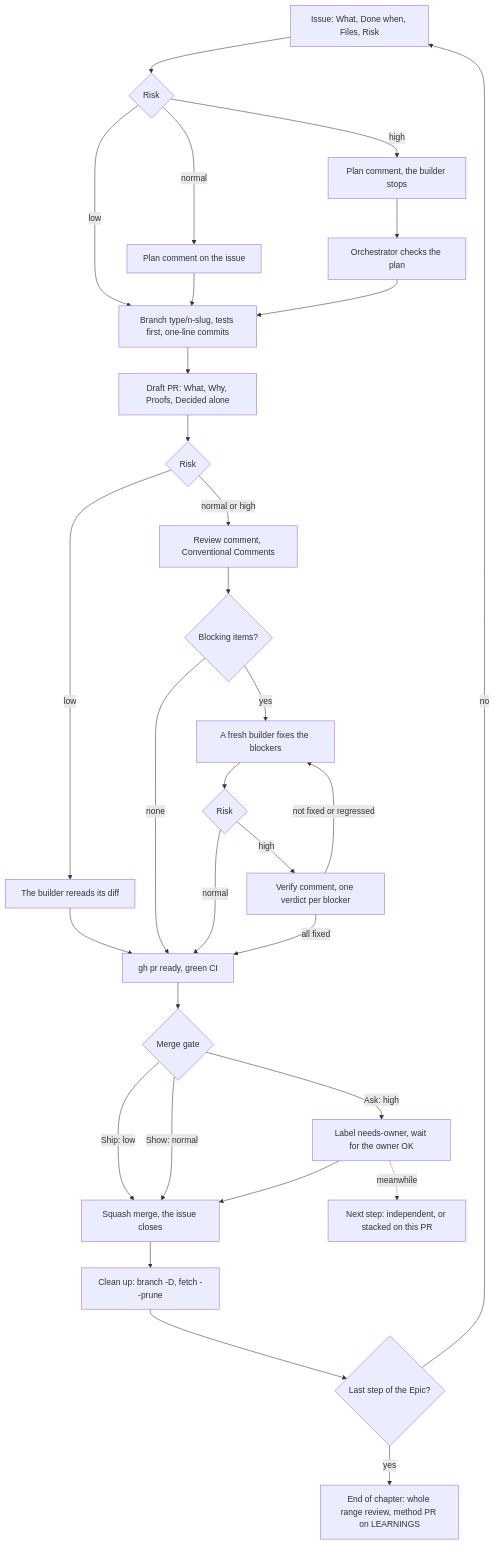
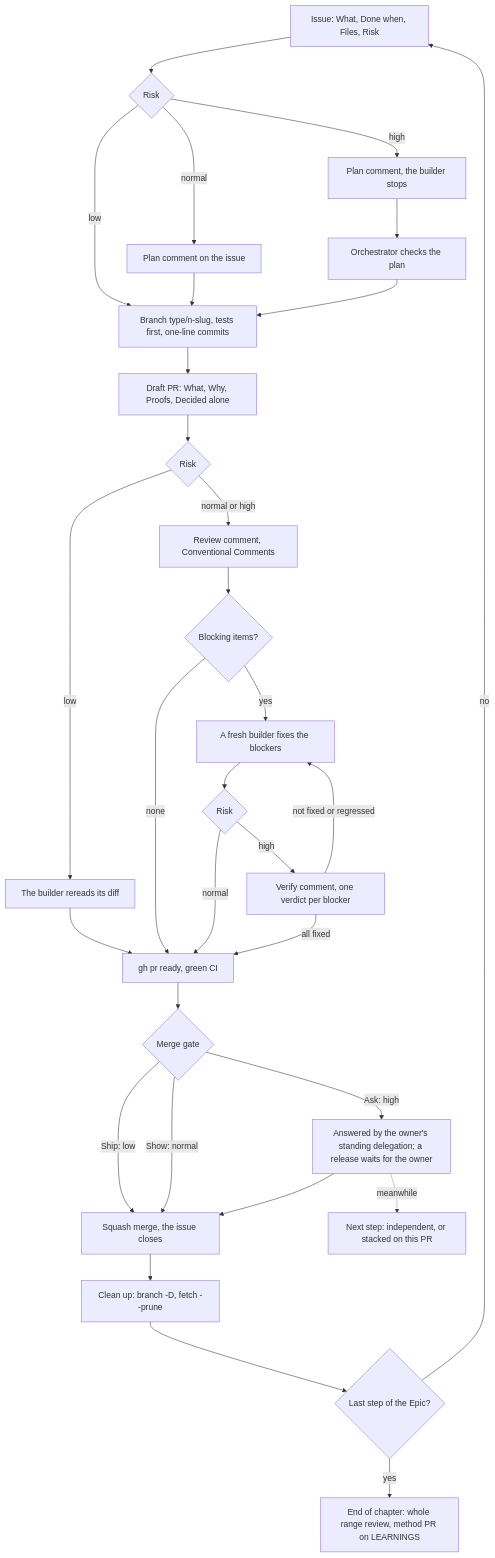
The first of 2 diagrams in docs/WORKFLOW.md (AlexandreDemartin/pgcast), drawn with Mermaid before and after one commit. The commit also changed other lines of this file and 5 other files, not shown here.

````diff
--- a/docs/WORKFLOW.md
+++ b/docs/WORKFLOW.md
@@ -9,28 +9,28 @@
 ```mermaid
 flowchart TD
     issue["Issue: What, Done when, Files, Risk"] --> risk1{"Risk"}
     risk1 -- "low" --> build
     risk1 -- "normal" --> planN["Plan comment on the issue"] --> build
     risk1 -- "high" --> planH["Plan comment, the builder stops"] --> check["Orchestrator checks the plan"] --> build
     build["Branch type/n-slug, tests first, one-line commits"] --> draft["Draft PR: What, Why, Proofs, Decided alone"]
     draft --> risk2{"Risk"}
     risk2 -- "low" --> reread["The builder rereads its diff"] --> ready
     risk2 -- "normal or high" --> review["Review comment, Conventional Comments"]
     review --> blocking{"Blocking items?"}
     blocking -- "none" --> ready
     blocking -- "yes" --> fixes["A fresh builder fixes the blockers"]
     fixes --> risk3{"Risk"}
     risk3 -- "normal" --> ready
     risk3 -- "high" --> verify["Verify comment, one verdict per blocker"]
     verify -- "not fixed or regressed" --> fixes
     verify -- "all fixed" --> ready
     ready["gh pr ready, green CI"] --> gate{"Merge gate"}
     gate -- "Ship: low" --> squash
     gate -- "Show: normal" --> squash
-    gate -- "Ask: high" --> owner["Label needs-owner, wait for the owner OK"] --> squash
+    gate -- "Ask: high" --> owner["Answered by the owner's standing delegation; a release waits for the owner"] --> squash
     owner -. "meanwhile" .-> next["Next step: independent, or stacked on this PR"]
     squash["Squash merge, the issue closes"] --> clean["Clean up: branch -D, fetch --prune"]
     clean --> epic{"Last step of the Epic?"}
     epic -- "no" --> issue
     epic -- "yes" --> chapter["End of chapter: whole range review, method PR on LEARNINGS"]
 ```
````
